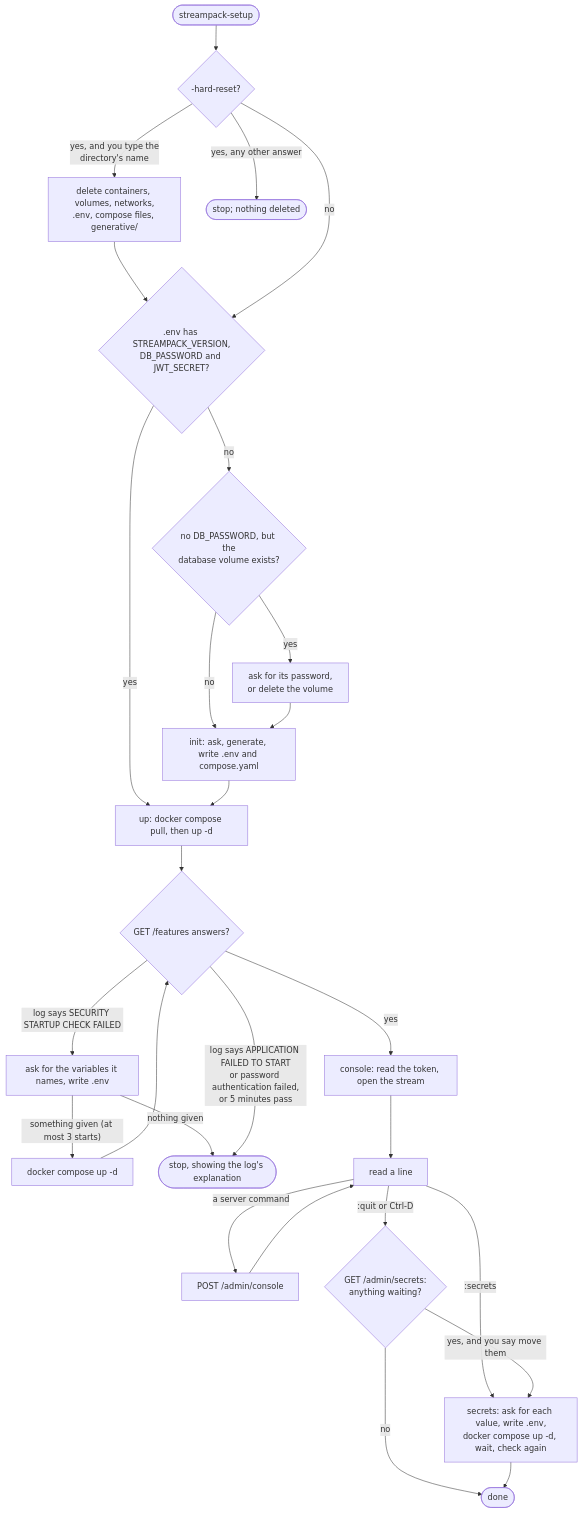
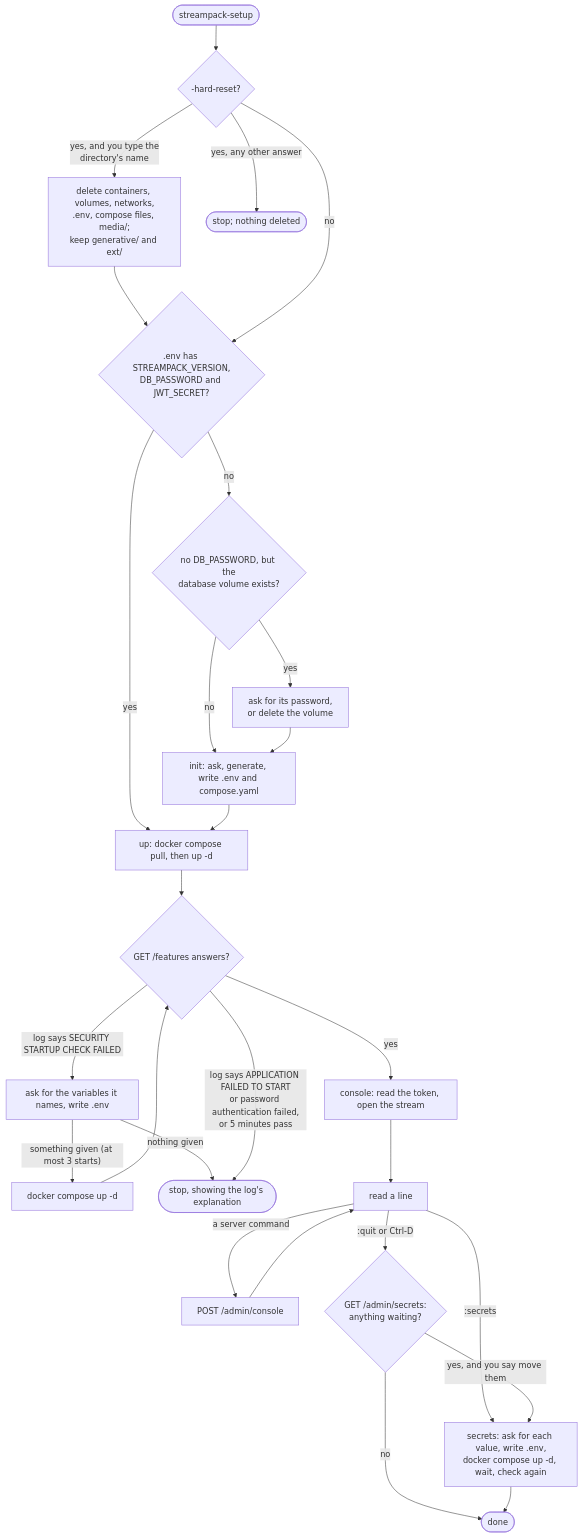
One commit to streampack-dev/setup changed the diagram in docs/explanation/execution-flow.md. Above: the diagram before and after it, drawn with Mermaid. The commit also changed other lines of this file and 5 other files, not shown here.

First line of the commit message:
Docs: the new questions, ext/ and media/, and what a hard reset keeps (#9)

````diff
--- a/docs/explanation/execution-flow.md
+++ b/docs/explanation/execution-flow.md
@@ -7,25 +7,25 @@
 ```mermaid
 flowchart TD
     start([streampack-setup]) --> reset{"-hard-reset?"}
-    reset -- "yes, and you type the<br>directory's name" --> wipe[delete containers, volumes, networks,<br>.env, compose files, generative/] --> configured
+    reset -- "yes, and you type the<br>directory's name" --> wipe[delete containers, volumes, networks,<br>.env, compose files, media/;<br>keep generative/ and ext/] --> configured
     reset -- "yes, any other answer" --> stopped([stop; nothing deleted])
     reset -- no --> configured{".env has STREAMPACK_VERSION,<br>DB_PASSWORD and JWT_SECRET?"}
     configured -- no --> volume{"no DB_PASSWORD, but the<br>database volume exists?"}
     volume -- "no" --> init[init: ask, generate, write .env and compose.yaml]
     volume -- "yes" --> old["ask for its password,<br>or delete the volume"] --> init
     configured -- yes --> up
     init --> up[up: docker compose pull, then up -d]
     up --> wait{"GET /features answers?"}
     wait -- "yes" --> console[console: read the token, open the stream]
     wait -- "log says SECURITY STARTUP CHECK FAILED" --> ask[ask for the variables it names, write .env]
     ask -- "something given (at most 3 starts)" --> up2[docker compose up -d] --> wait
     ask -- "nothing given" --> stop([stop, showing the log's explanation])
     wait -- "log says APPLICATION FAILED TO START<br>or password authentication failed,<br>or 5 minutes pass" --> stop
     console --> loop[read a line]
     loop -- "a server command" --> submit[POST /admin/console] --> loop
     loop -- ":secrets" --> move
     loop -- ":quit or Ctrl-D" --> left{"GET /admin/secrets:<br>anything waiting?"}
     left -- no --> done([done])
     left -- "yes, and you say move them" --> move[secrets: ask for each value, write .env,<br>docker compose up -d, wait, check again]
     move --> done
 ```
````
